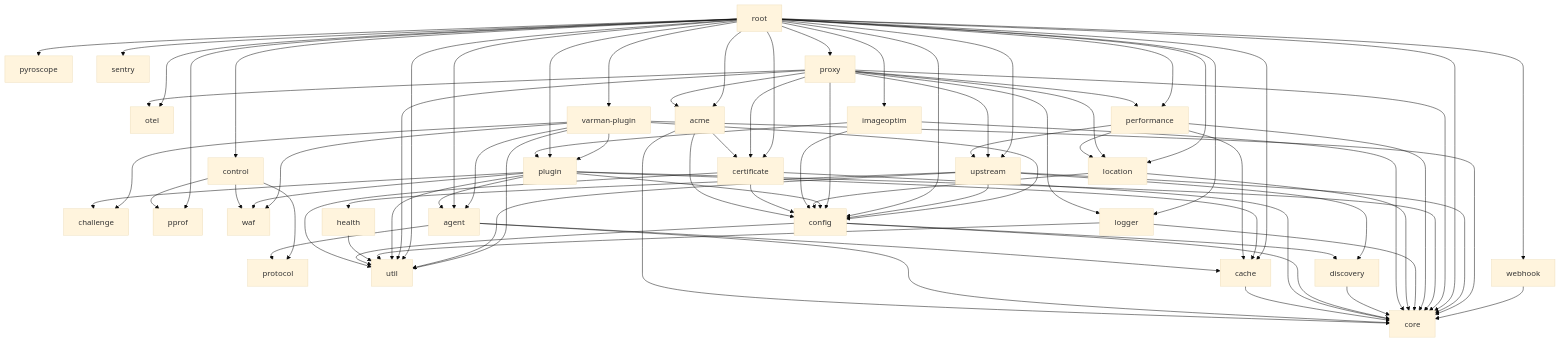
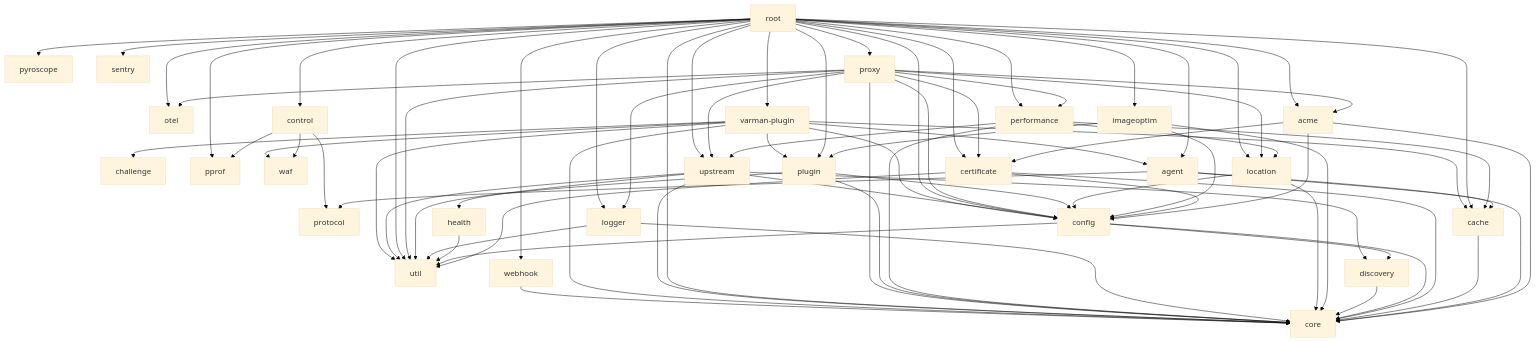
Before and after one commit to channchetra/varmanwaf: the diagram in docs/modules.md, drawn with Mermaid (base theme). The commit also changed 13 other files, not shown here.

First line of the commit message:
refactor: move the remaining Varman plugins into varman-plugin

```diff
--- a/docs/modules.md
+++ b/docs/modules.md
@@ -95,13 +95,9 @@
     performance --> location
     performance --> upstream
 
-    plugin --> agent
-    plugin --> cache
-    plugin --> challenge
     plugin --> config
     plugin --> core
     plugin --> util
-    plugin --> waf
 
 
 
@@ -148,6 +144,7 @@
 
 
     varman-plugin --> agent
+    varman-plugin --> cache
     varman-plugin --> challenge
     varman-plugin --> config
     varman-plugin --> core
```
